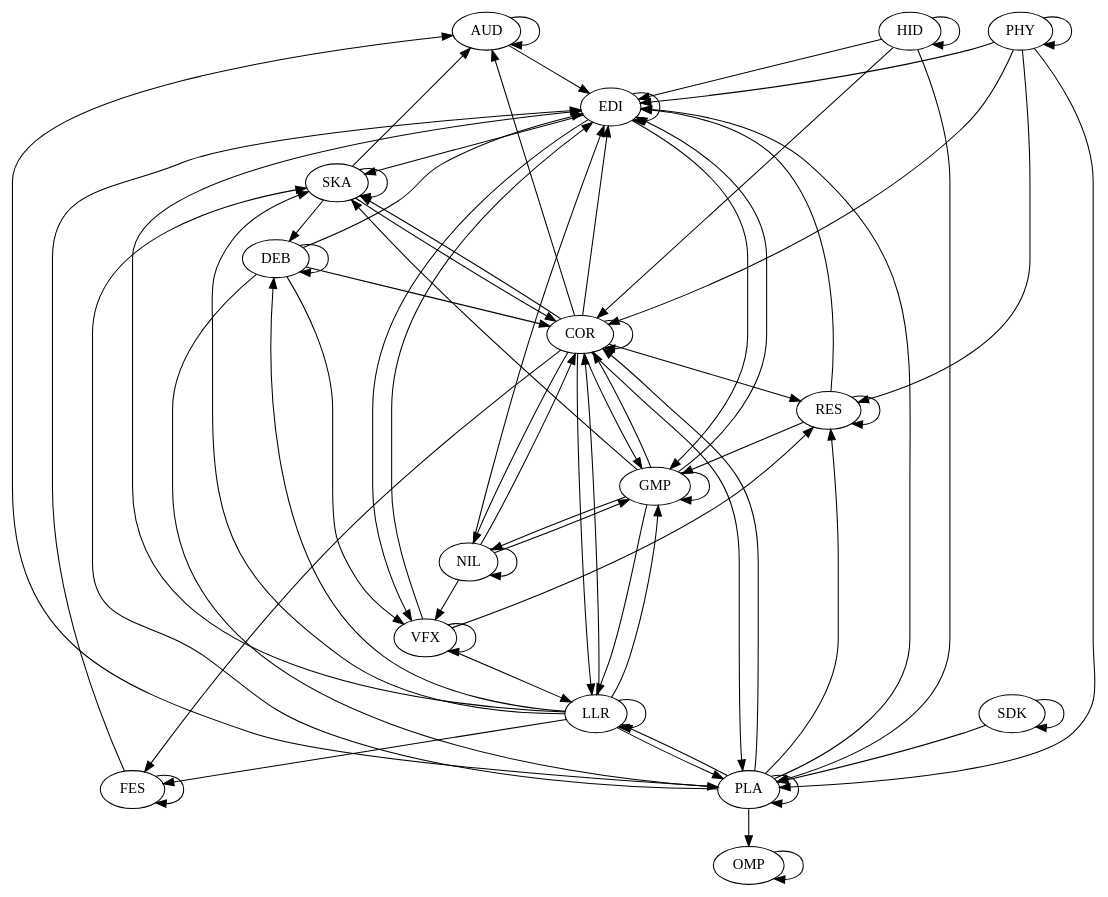
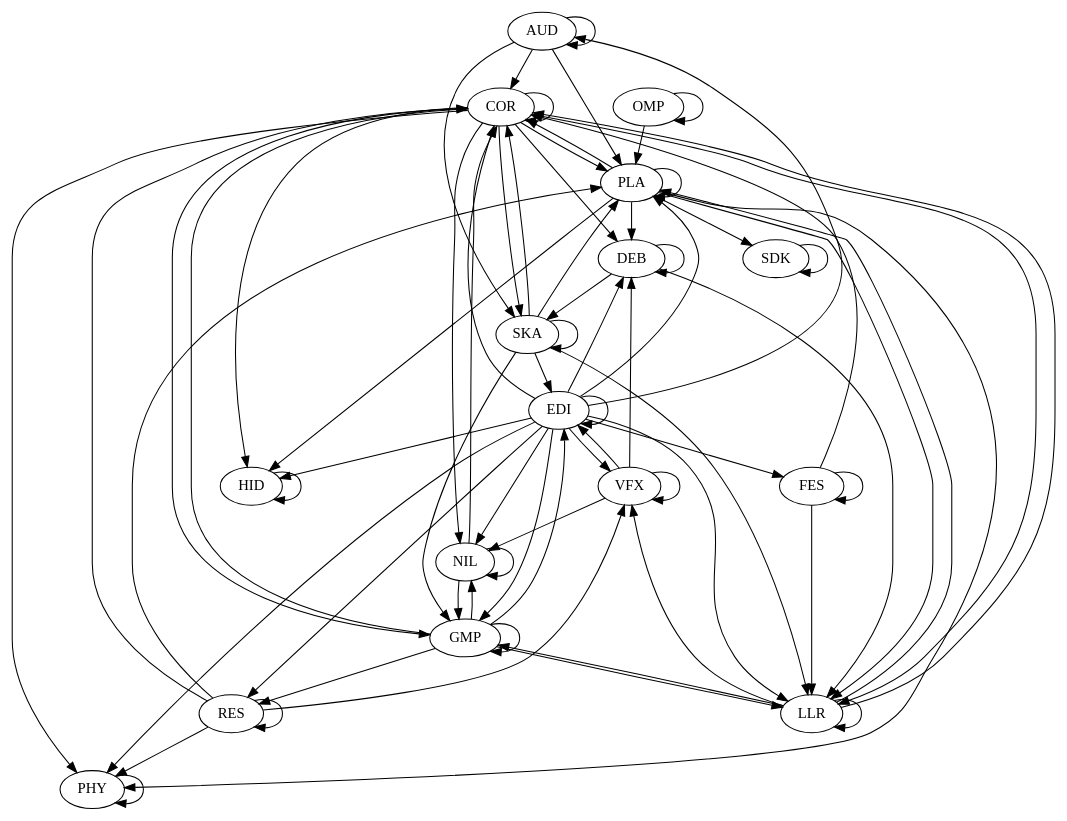
Before and after one commit to gamedev-studies/game-engine-analyser: the diagram in 6_architectural_map_gen/outputs/flaxengine.dot, drawn with Graphviz. The commit also changed 9 other files, not shown here.

```diff
--- a/6_architectural_map_gen/outputs/flaxengine.dot
+++ b/6_architectural_map_gen/outputs/flaxengine.dot
@@ -1,75 +1,75 @@
 digraph "source tree" {
 	"AUD" -> "AUD"
-	"COR" -> "AUD"
-	"PLA" -> "AUD"
-	"SKA" -> "AUD"
+	"AUD" -> "COR"
+	"AUD" -> "PLA"
+	"AUD" -> "SKA"
 	"COR" -> "COR"
-	"DEB" -> "COR"
+	"COR" -> "DEB"
+	"COR" -> "GMP"
+	"COR" -> "HID"
+	"COR" -> "LLR"
+	"COR" -> "NIL"
+	"COR" -> "PHY"
+	"COR" -> "PLA"
+	"COR" -> "SKA"
+	"DEB" -> "DEB"
+	"DEB" -> "LLR"
+	"DEB" -> "SKA"
+	"EDI" -> "AUD"
+	"EDI" -> "COR"
+	"EDI" -> "DEB"
+	"EDI" -> "EDI"
+	"EDI" -> "FES"
+	"EDI" -> "GMP"
+	"EDI" -> "HID"
+	"EDI" -> "LLR"
+	"EDI" -> "NIL"
+	"EDI" -> "PHY"
+	"EDI" -> "PLA"
+	"EDI" -> "RES"
+	"EDI" -> "VFX"
+	"FES" -> "COR"
+	"FES" -> "FES"
+	"FES" -> "LLR"
 	"GMP" -> "COR"
-	"HID" -> "COR"
+	"GMP" -> "EDI"
+	"GMP" -> "GMP"
+	"GMP" -> "LLR"
+	"GMP" -> "NIL"
+	"GMP" -> "RES"
+	"HID" -> "HID"
 	"LLR" -> "COR"
+	"LLR" -> "GMP"
+	"LLR" -> "LLR"
+	"LLR" -> "PLA"
+	"LLR" -> "VFX"
 	"NIL" -> "COR"
-	"PHY" -> "COR"
-	"PLA" -> "COR"
-	"SKA" -> "COR"
-	"DEB" -> "DEB"
-	"LLR" -> "DEB"
-	"SKA" -> "DEB"
-	"AUD" -> "EDI"
-	"COR" -> "EDI"
-	"DEB" -> "EDI"
-	"EDI" -> "EDI"
-	"FES" -> "EDI"
-	"GMP" -> "EDI"
-	"HID" -> "EDI"
-	"LLR" -> "EDI"
-	"NIL" -> "EDI"
-	"PHY" -> "EDI"
-	"PLA" -> "EDI"
-	"RES" -> "EDI"
-	"VFX" -> "EDI"
-	"COR" -> "FES"
-	"FES" -> "FES"
-	"LLR" -> "FES"
-	"COR" -> "GMP"
-	"EDI" -> "GMP"
-	"GMP" -> "GMP"
-	"LLR" -> "GMP"
 	"NIL" -> "GMP"
-	"RES" -> "GMP"
-	"HID" -> "HID"
-	"COR" -> "LLR"
-	"GMP" -> "LLR"
-	"LLR" -> "LLR"
-	"PLA" -> "LLR"
-	"VFX" -> "LLR"
-	"COR" -> "NIL"
-	"GMP" -> "NIL"
 	"NIL" -> "NIL"
 	"OMP" -> "OMP"
-	"PLA" -> "OMP"
+	"OMP" -> "PLA"
 	"PHY" -> "PHY"
-	"COR" -> "PLA"
-	"DEB" -> "PLA"
-	"HID" -> "PLA"
-	"LLR" -> "PLA"
-	"PHY" -> "PLA"
+	"PLA" -> "COR"
+	"PLA" -> "DEB"
+	"PLA" -> "HID"
+	"PLA" -> "LLR"
+	"PLA" -> "PHY"
 	"PLA" -> "PLA"
-	"SDK" -> "PLA"
-	"COR" -> "RES"
-	"PHY" -> "RES"
-	"PLA" -> "RES"
+	"PLA" -> "SDK"
+	"RES" -> "COR"
+	"RES" -> "PHY"
+	"RES" -> "PLA"
 	"RES" -> "RES"
-	"VFX" -> "RES"
+	"RES" -> "VFX"
 	"SDK" -> "SDK"
-	"COR" -> "SKA"
-	"EDI" -> "SKA"
-	"GMP" -> "SKA"
-	"LLR" -> "SKA"
-	"PLA" -> "SKA"
+	"SKA" -> "COR"
+	"SKA" -> "EDI"
+	"SKA" -> "GMP"
+	"SKA" -> "LLR"
+	"SKA" -> "PLA"
 	"SKA" -> "SKA"
-	"DEB" -> "VFX"
-	"EDI" -> "VFX"
-	"NIL" -> "VFX"
+	"VFX" -> "DEB"
+	"VFX" -> "EDI"
+	"VFX" -> "NIL"
 	"VFX" -> "VFX"
 }
```
